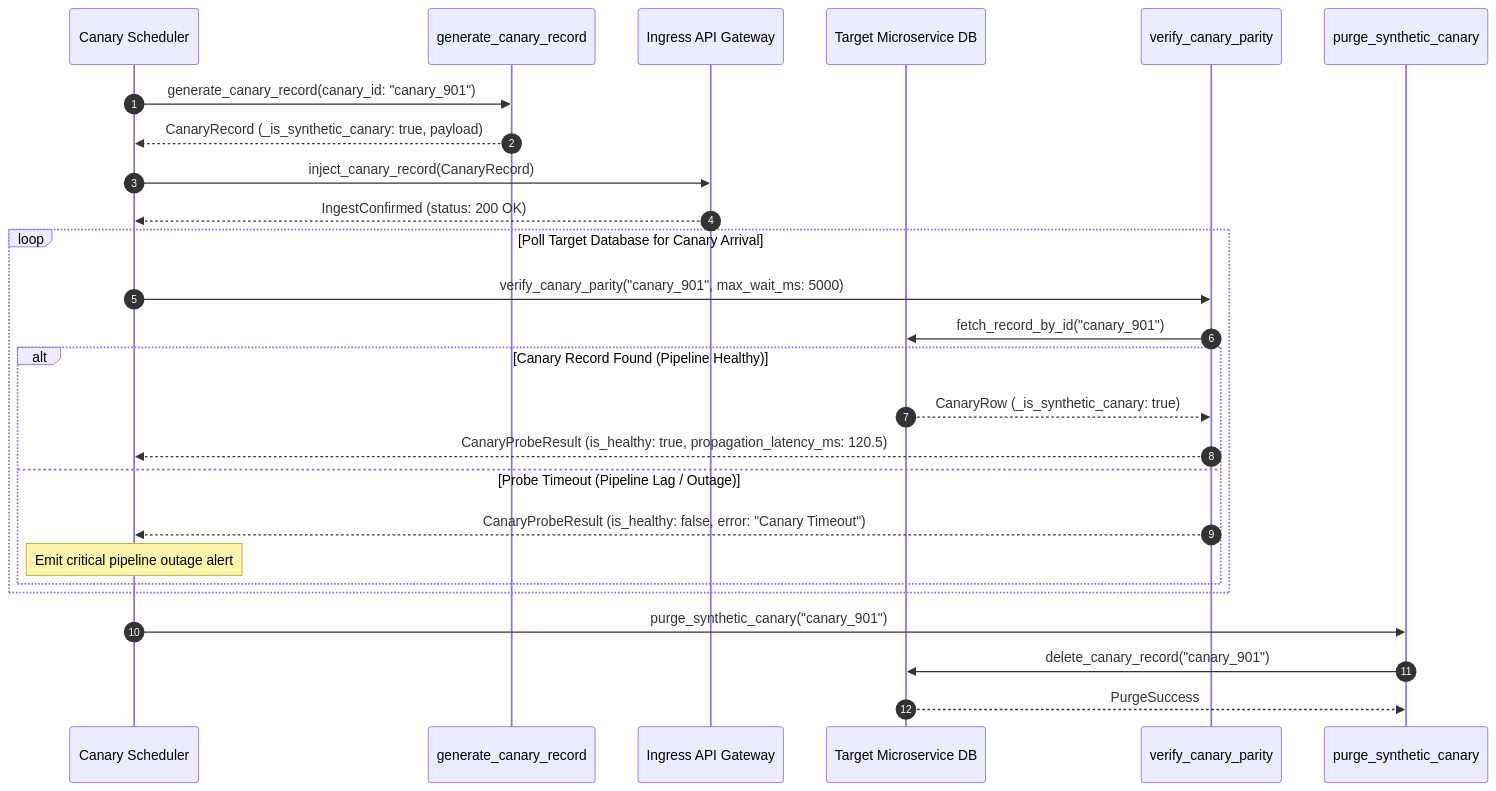
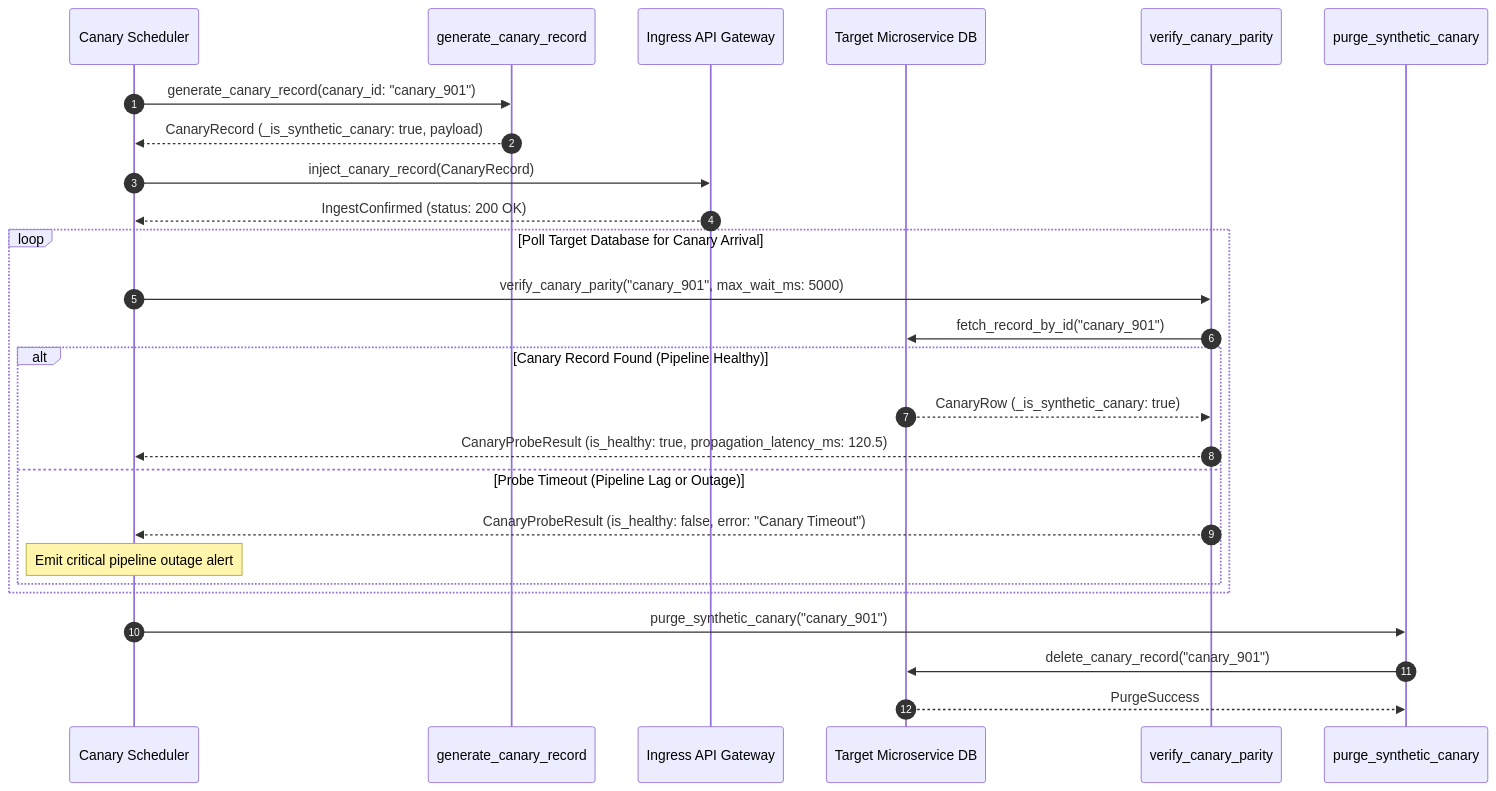
One commit to Chief-Strategist-J/llm-observability-platform changed the second of 2 diagrams in notebooks/runbooks/refs/07-observability-parity-testing/synthetic-canary-records.md. Above: the diagram before and after it, drawn with Mermaid. The commit also changed 52 other files, not shown here.

Commit message:
fix(docs): resolve all Mermaid diagram syntax errors across runbook suite

````diff
--- a/notebooks/runbooks/refs/07-observability-parity-testing/synthetic-canary-records.md
+++ b/notebooks/runbooks/refs/07-observability-parity-testing/synthetic-canary-records.md
@@ -64,33 +64,33 @@
 ```mermaid
 sequenceDiagram
     autonumber
     participant Scheduler as Canary Scheduler
     participant Gen as generate_canary_record
     participant Ingress as Ingress API Gateway
     participant TargetDB as Target Microservice DB
     participant Probe as verify_canary_parity
     participant Sweeper as purge_synthetic_canary
 
     Scheduler->>Gen: generate_canary_record(canary_id: "canary_901")
     Gen-->>Scheduler: CanaryRecord (_is_synthetic_canary: true, payload)
 
     Scheduler->>Ingress: inject_canary_record(CanaryRecord)
     Ingress-->>Scheduler: IngestConfirmed (status: 200 OK)
 
     loop Poll Target Database for Canary Arrival
         Scheduler->>Probe: verify_canary_parity("canary_901", max_wait_ms: 5000)
         Probe->>TargetDB: fetch_record_by_id("canary_901")
         
         alt Canary Record Found (Pipeline Healthy)
             TargetDB-->>Probe: CanaryRow (_is_synthetic_canary: true)
             Probe-->>Scheduler: CanaryProbeResult (is_healthy: true, propagation_latency_ms: 120.5)
-        else Probe Timeout (Pipeline Lag / Outage)
+        else Probe Timeout (Pipeline Lag or Outage)
             Probe-->>Scheduler: CanaryProbeResult (is_healthy: false, error: "Canary Timeout")
             Note over Scheduler: Emit critical pipeline outage alert
         end
     end
 
     Scheduler->>Sweeper: purge_synthetic_canary("canary_901")
     Sweeper->>TargetDB: delete_canary_record("canary_901")
     TargetDB-->>Sweeper: PurgeSuccess
 ```
````
